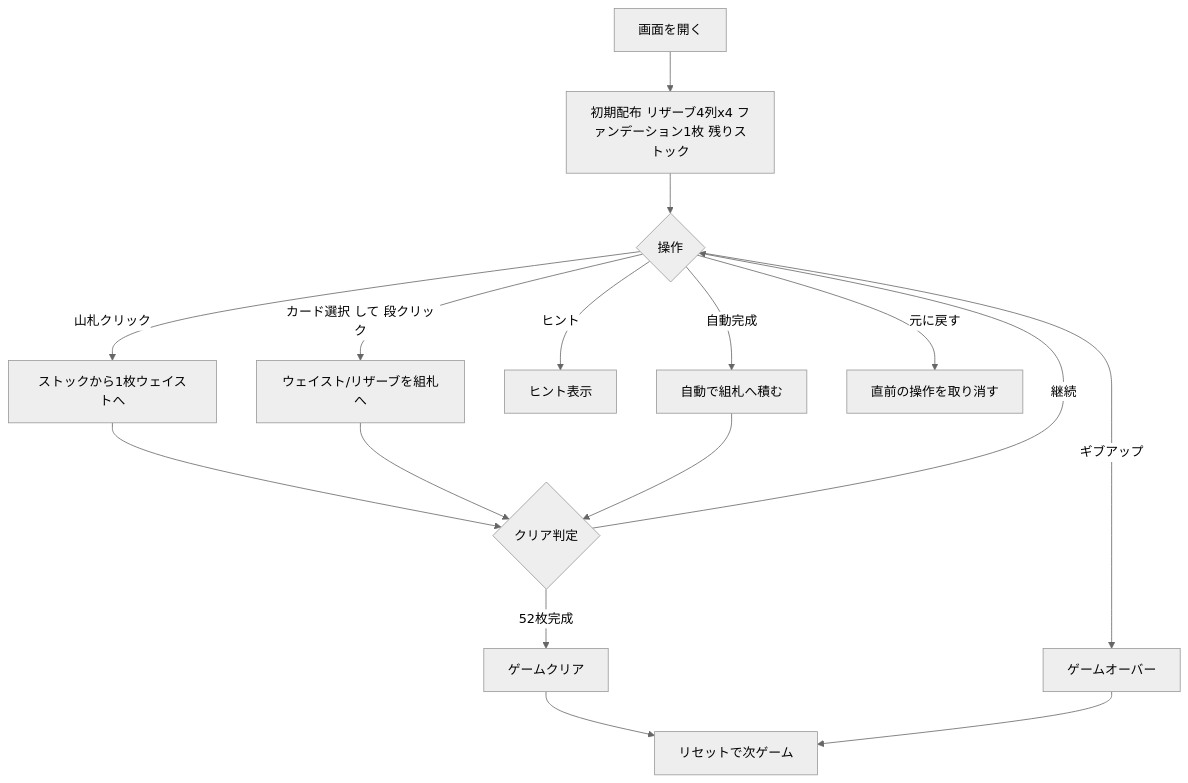
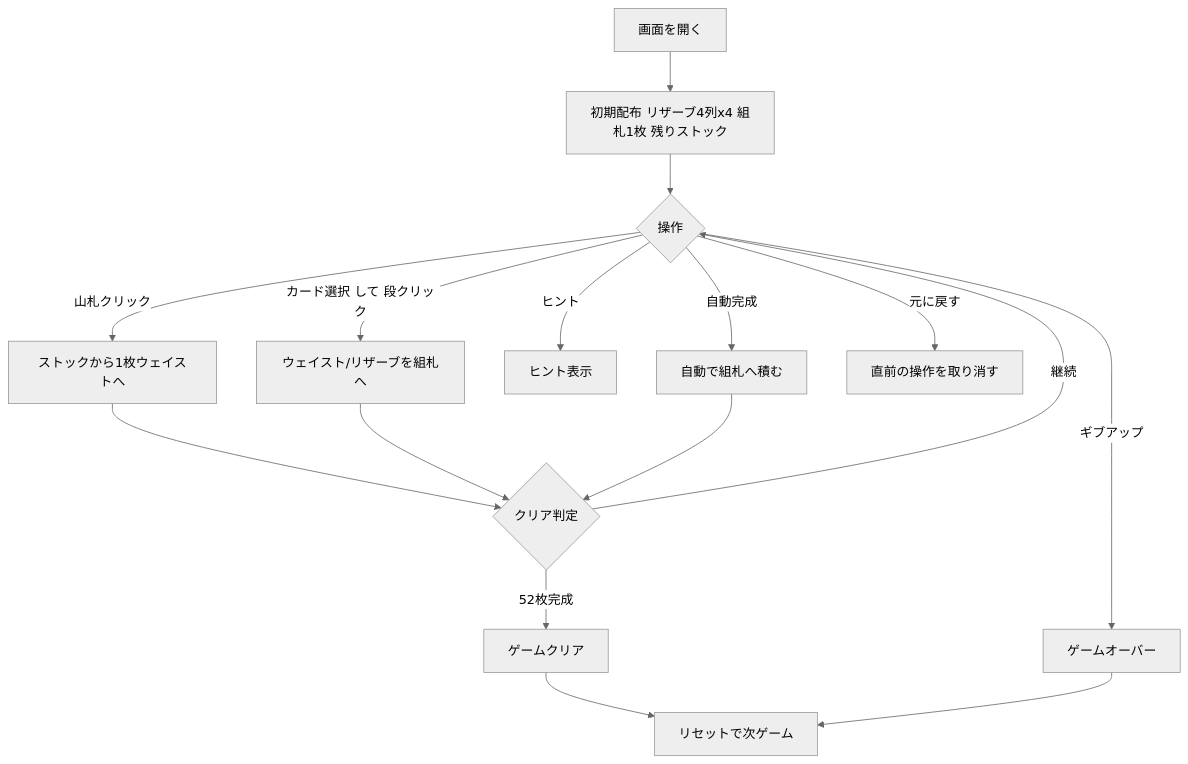
One commit to yuta-yoshinaga/go_trumpcards changed the diagram in docs/manual/web/osmosis.md. Above: the diagram before and after it, drawn with Mermaid (neutral theme). The commit also changed other lines of this file and 71 other files, not shown here.

````diff
--- a/docs/manual/web/osmosis.md
+++ b/docs/manual/web/osmosis.md
@@ -40,18 +40,18 @@
 ```mermaid
 flowchart TD
-    A[画面を開く] --> B[初期配布 リザーブ4列x4 ファンデーション1枚 残りストック]
+    A[画面を開く] --> B[初期配布 リザーブ4列x4 組札1枚 残りストック]
     B --> C{操作}
     C -->|山札クリック| D[ストックから1枚ウェイストへ]
     C -->|カード選択 して 段クリック| E[ウェイスト/リザーブを組札へ]
     C -->|ヒント| F[ヒント表示]
     C -->|自動完成| G[自動で組札へ積む]
     C -->|元に戻す| H[直前の操作を取り消す]
     D --> I{クリア判定}
     E --> I
     G --> I
     I -->|52枚完成| J[ゲームクリア]
     I -->|継続| C
     C -->|ギブアップ| K[ゲームオーバー]
     J --> L[リセットで次ゲーム]
     K --> L
 ```
````
